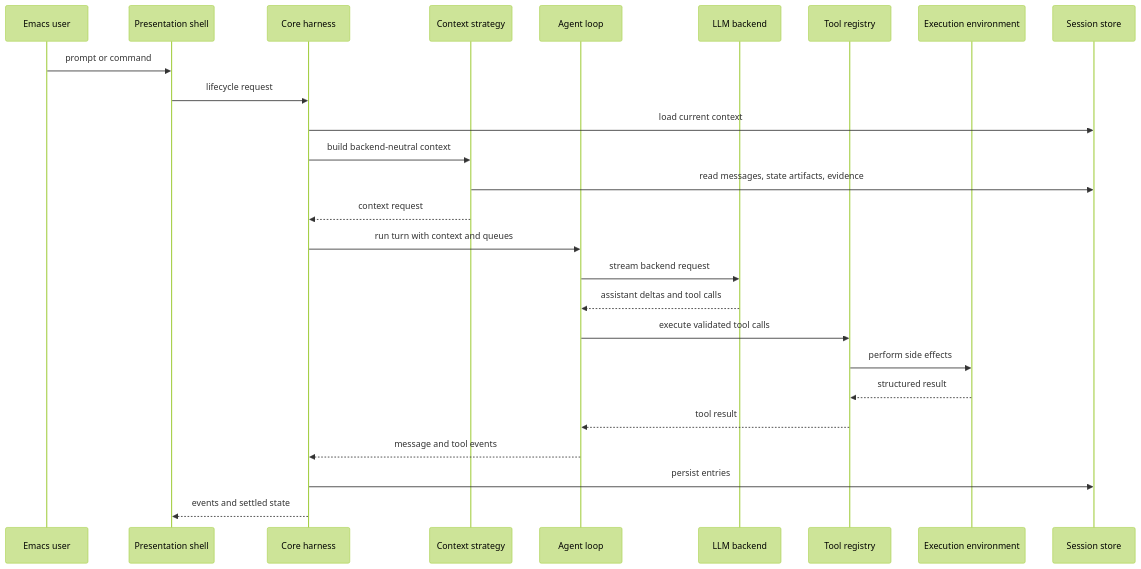
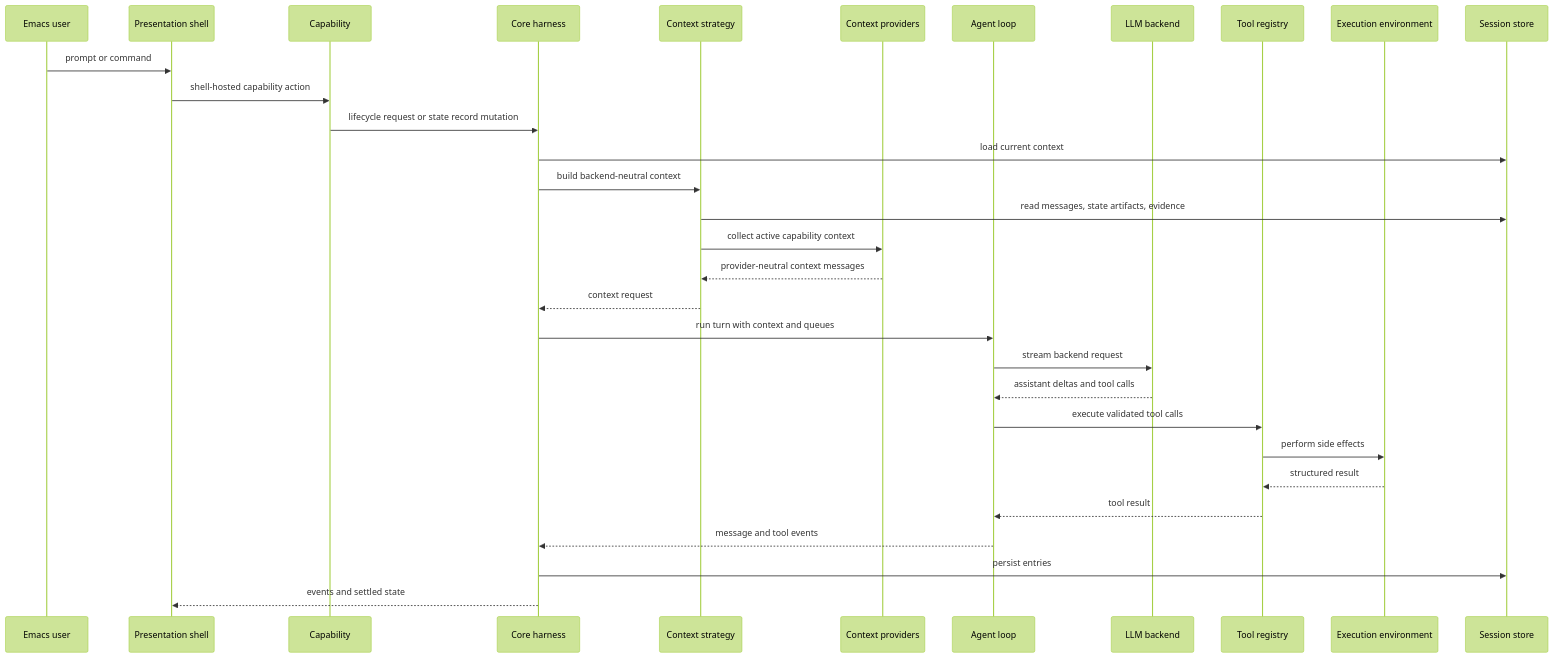
The sixth of 6 diagrams in docs/architecture.md (alendit/e), drawn with Mermaid (forest theme) before and after one commit. The commit also changed other lines of this file and 8 other files, not shown here.

````diff
--- a/docs/architecture.md
+++ b/docs/architecture.md
@@ -191,28 +310,33 @@
 ```mermaid
 sequenceDiagram
     participant User as Emacs user
     participant UI as Presentation shell
+    participant Cap as Capability
     participant H as Core harness
     participant C as Context strategy
+    participant P as Context providers
     participant L as Agent loop
     participant B as LLM backend
     participant T as Tool registry
     participant E as Execution environment
     participant S as Session store
     User->>UI: prompt or command
-    UI->>H: lifecycle request
+    UI->>Cap: shell-hosted capability action
+    Cap->>H: lifecycle request or state record mutation
     H->>S: load current context
     H->>C: build backend-neutral context
     C->>S: read messages, state artifacts, evidence
+    C->>P: collect active capability context
+    P-->>C: provider-neutral context messages
     C-->>H: context request
     H->>L: run turn with context and queues
     L->>B: stream backend request
     B-->>L: assistant deltas and tool calls
     L->>T: execute validated tool calls
     T->>E: perform side effects
     E-->>T: structured result
     T-->>L: tool result
     L-->>H: message and tool events
     H->>S: persist entries
     H-->>UI: events and settled state
 ```
````
